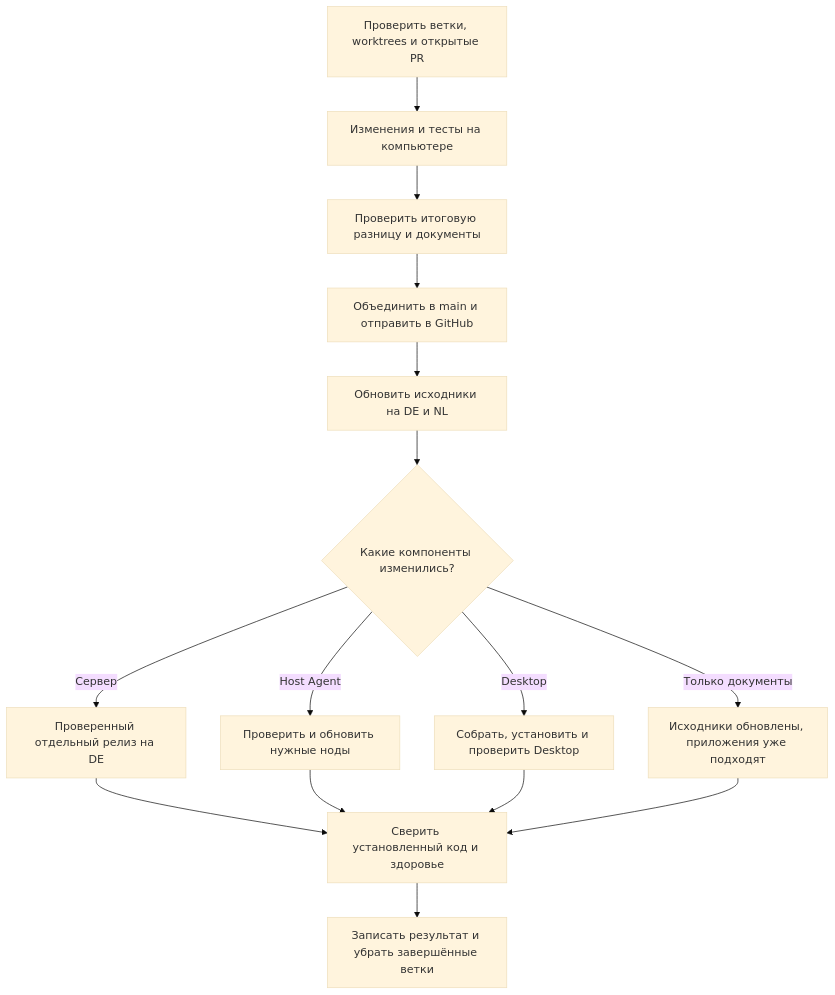
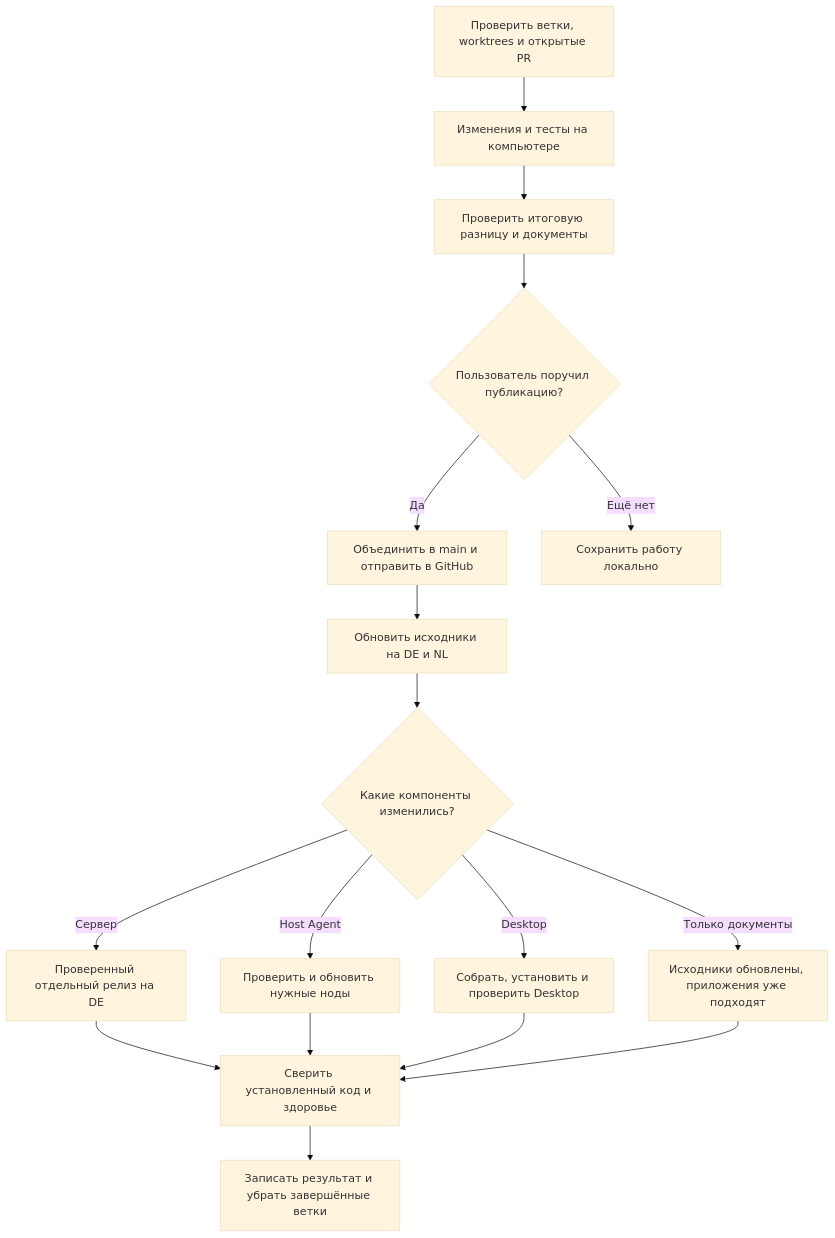
The third of 3 diagrams in docs/release-workflow.md (godforg1veme/Jarvis), drawn with Mermaid (base theme) before and after one commit. The commit also changed other lines of this file and 2 other files, not shown here.

Commit message:
docs: require publication approval and proactive release proposals

````diff
--- a/docs/release-workflow.md
+++ b/docs/release-workflow.md
@@ -60,17 +111,19 @@
 ```mermaid
 flowchart TD
     A[Проверить ветки, worktrees и открытые PR] --> B[Изменения и тесты на компьютере]
     B --> C[Проверить итоговую разницу и документы]
-    C --> D[Объединить в main и отправить в GitHub]
+    C --> APPROVAL{Пользователь поручил публикацию?}
+    APPROVAL -->|Да| D[Объединить в main и отправить в GitHub]
+    APPROVAL -->|Ещё нет| LOCAL[Сохранить работу локально]
     D --> E[Обновить исходники на DE и NL]
     E --> F{Какие компоненты изменились?}
     F -->|Сервер| G[Проверенный отдельный релиз на DE]
     F -->|Host Agent| H[Проверить и обновить нужные ноды]
     F -->|Desktop| I[Собрать, установить и проверить Desktop]
     F -->|Только документы| J[Исходники обновлены, приложения уже подходят]
     G --> K[Сверить установленный код и здоровье]
     H --> K
     I --> K
     J --> K
     K --> L[Записать результат и убрать завершённые ветки]
 ```
````
